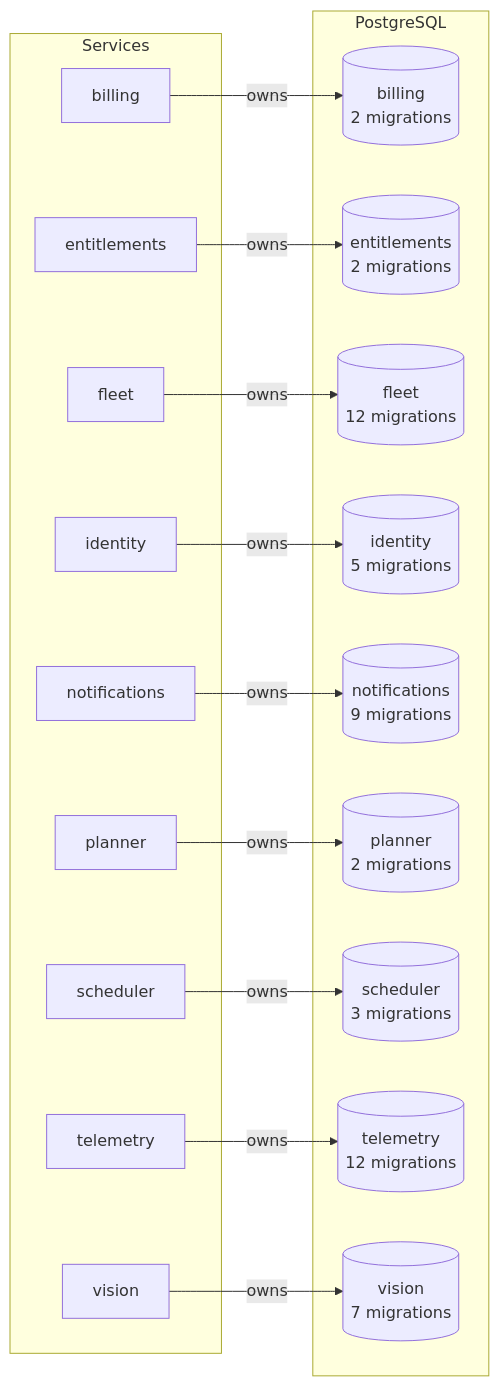
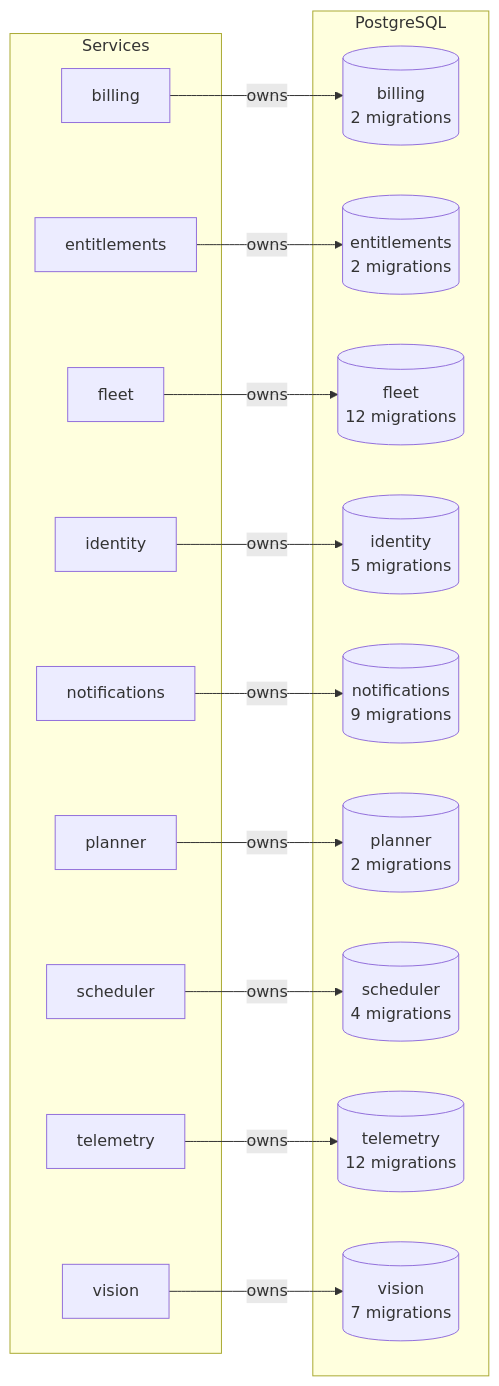
One commit to lukislp/mowdeck changed diagram 15 of 15 in docs/architecture/generated.md. Above: the diagram before and after it, drawn with Mermaid. The commit also changed other lines of this file and 46 other files, not shown here.

````diff
--- a/docs/architecture/generated.md
+++ b/docs/architecture/generated.md
@@ -527,34 +527,34 @@
 ```mermaid
 flowchart LR
   subgraph apps[Services]
     billing["billing"]
     entitlements["entitlements"]
     fleet["fleet"]
     identity["identity"]
     notifications["notifications"]
     planner["planner"]
     scheduler["scheduler"]
     telemetry["telemetry"]
     vision["vision"]
   end
   subgraph pg[PostgreSQL]
     db_billing[("billing<br/>2 migrations")]
     db_entitlements[("entitlements<br/>2 migrations")]
     db_fleet[("fleet<br/>12 migrations")]
     db_identity[("identity<br/>5 migrations")]
     db_notifications[("notifications<br/>9 migrations")]
     db_planner[("planner<br/>2 migrations")]
-    db_scheduler[("scheduler<br/>3 migrations")]
+    db_scheduler[("scheduler<br/>4 migrations")]
     db_telemetry[("telemetry<br/>12 migrations")]
     db_vision[("vision<br/>7 migrations")]
   end
   billing -->|owns| db_billing
   entitlements -->|owns| db_entitlements
   fleet -->|owns| db_fleet
   identity -->|owns| db_identity
   notifications -->|owns| db_notifications
   planner -->|owns| db_planner
   scheduler -->|owns| db_scheduler
   telemetry -->|owns| db_telemetry
   vision -->|owns| db_vision
 ```
````
